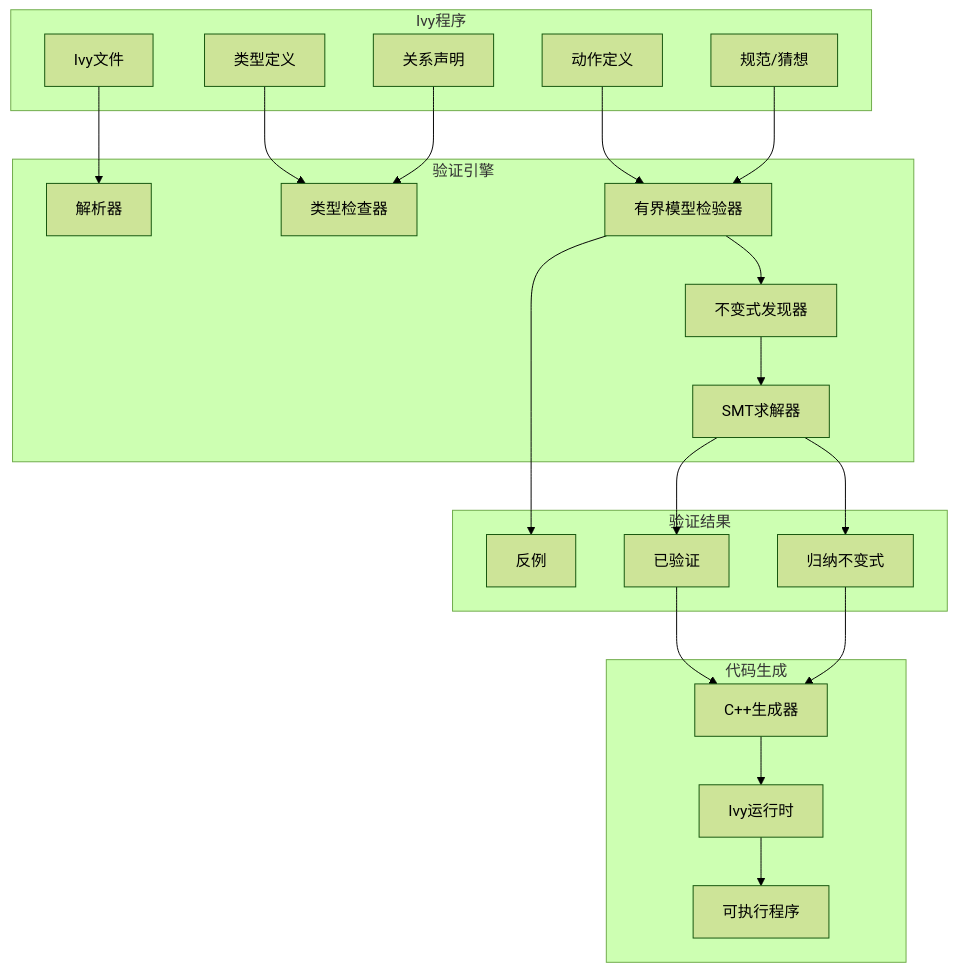
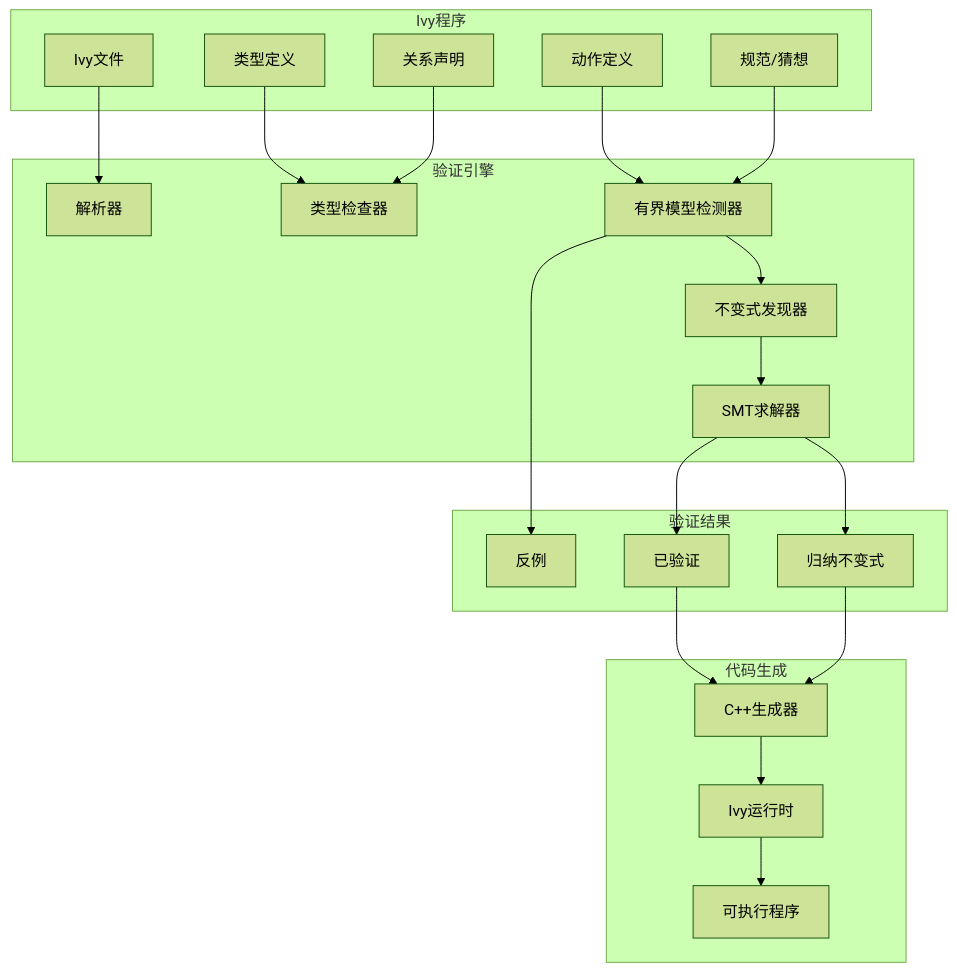
Before and after one commit to AdaMartin18010/AnalysisDataFlow: the third of 5 diagrams in formal-methods/06-tools/academic/07-ivy.md, drawn with Mermaid (forest theme). The commit also changed other lines of this file and 129 other files, not shown here.

````diff
--- a/formal-methods/06-tools/academic/07-ivy.md
+++ b/formal-methods/06-tools/academic/07-ivy.md
@@ -474,45 +474,45 @@
 ```mermaid
 graph TB
     subgraph Ivy程序
         IvyFile[Ivy文件]
         Types[类型定义]
         Relations[关系声明]
         Actions[动作定义]
         Specs[规范/猜想]
     end
 
     subgraph 验证引擎
         Parser[解析器]
         TypeChecker[类型检查器]
-        BoundedMC[有界模型检验器]
+        BoundedMC[有界模型检测器]
         InvariantFinder[不变式发现器]
         SMTSolver[SMT求解器]
     end
 
     subgraph 验证结果
         Verified[已验证]
         Counterexample[反例]
         Invariants[归纳不变式]
     end
 
     subgraph 代码生成
         CPPGen[C++生成器]
         Runtime[Ivy运行时]
         Executable[可执行程序]
     end
 
     IvyFile --> Parser
     Types --> TypeChecker
     Relations --> TypeChecker
     Actions --> BoundedMC
     Specs --> BoundedMC
     BoundedMC --> Counterexample
     BoundedMC --> InvariantFinder
     InvariantFinder --> SMTSolver
     SMTSolver --> Verified
     SMTSolver --> Invariants
     Verified --> CPPGen
     Invariants --> CPPGen
     CPPGen --> Runtime
     Runtime --> Executable
 ```
````
